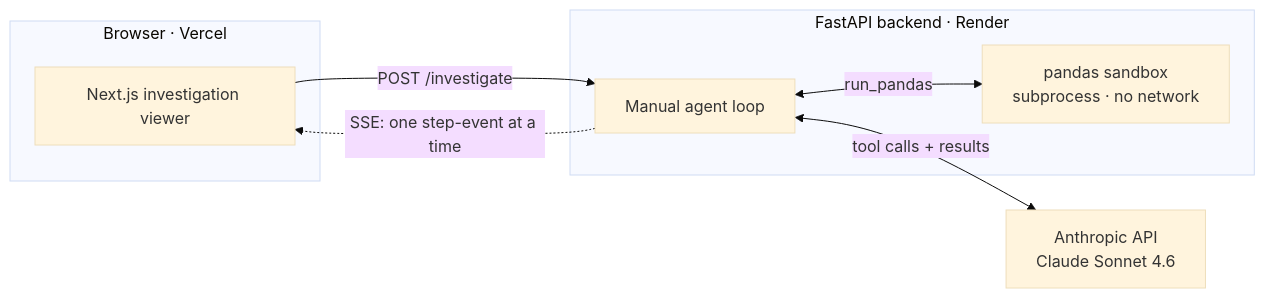
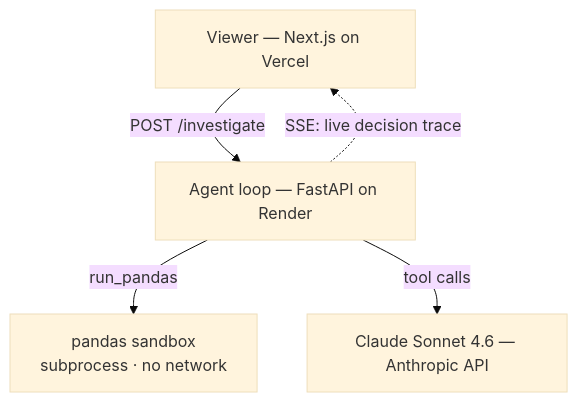
One commit to nate-bowers/data-investigator-agent changed the second of 2 diagrams in README.md. Above: the diagram before and after it, drawn with Mermaid (base theme). The commit also changed other lines of this file, not shown here.

First line of the commit message:
Reframe as a single-agent project: honest naming, cleaner diagrams, roadmap + hireable positioning

````diff
--- a/README.md
+++ b/README.md
@@ -70,15 +68,8 @@
 ```mermaid
-flowchart LR
-    subgraph browser [Browser · Vercel]
-      V[Next.js investigation viewer]
-    end
-    subgraph back [FastAPI backend · Render]
-      L[Manual agent loop]
-      S[pandas sandbox<br/>subprocess · no network]
-    end
-    C[Anthropic API<br/>Claude Sonnet 4.6]
-    V -->|POST /investigate| L
-    L -.->|SSE: one step-event at a time| V
-    L <-->|tool calls + results| C
-    L <-->|run_pandas| S
+flowchart TD
+    V["Viewer — Next.js on Vercel"]
+    V -->|POST /investigate| L["Agent loop — FastAPI on Render"]
+    L -.->|SSE: live decision trace| V
+    L -->|run_pandas| S["pandas sandbox<br/>subprocess · no network"]
+    L -->|tool calls| C["Claude Sonnet 4.6 — Anthropic API"]
 ```
````
